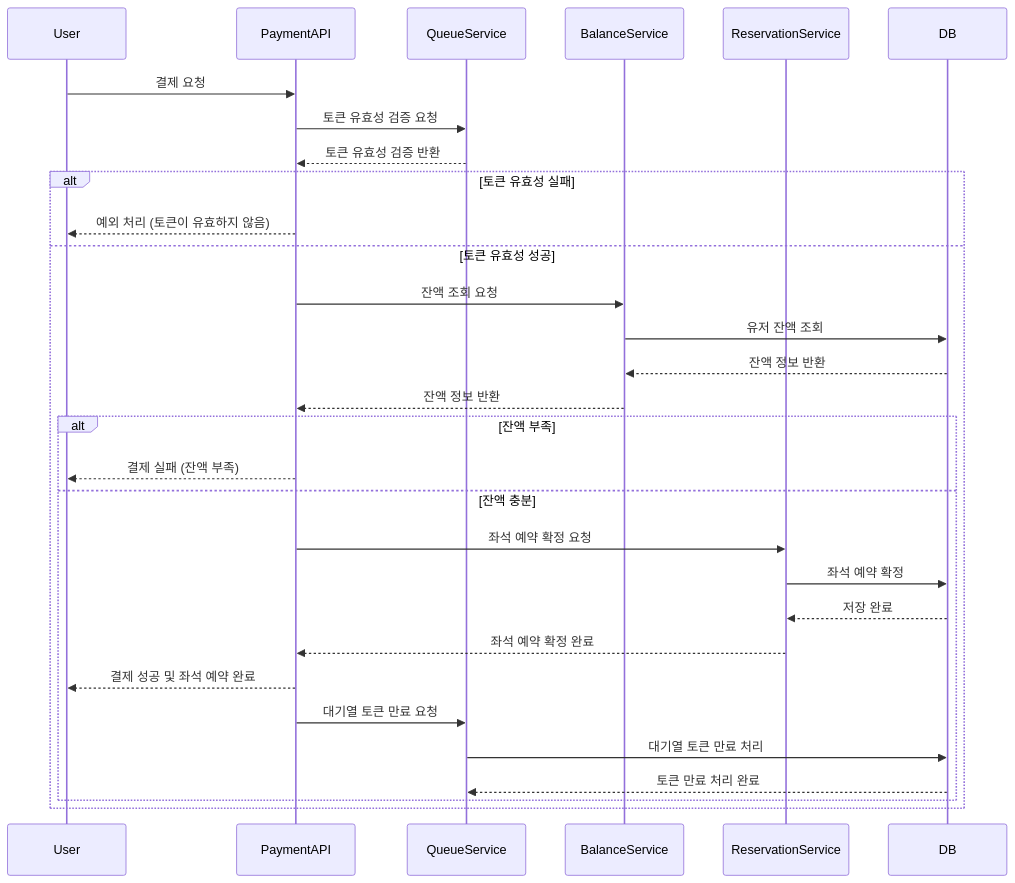
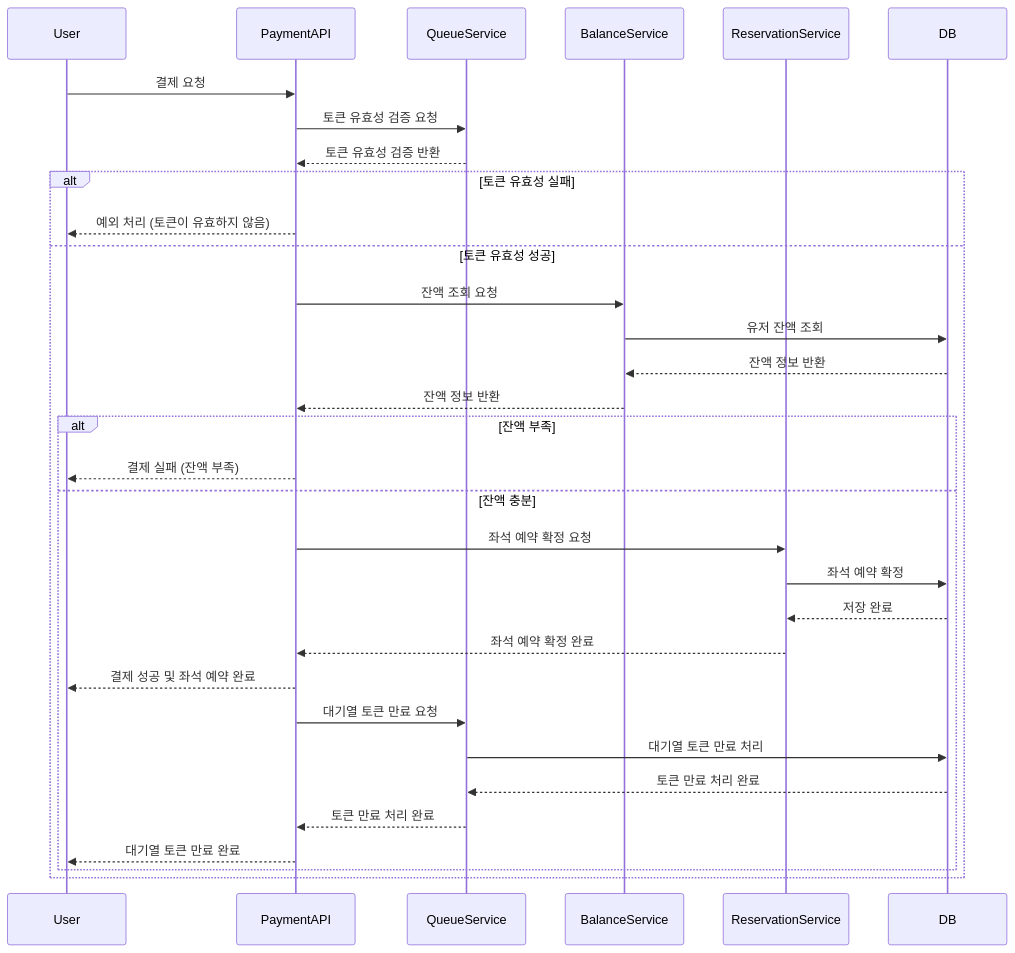
Before and after one commit to JEONGBEOMKO/hhplus-concert: the seventh of 7 diagrams in hhplus-concert/src/docs/sequence_diagram.md, drawn with Mermaid. The commit also changed other lines of this file, not shown here.

First line of the commit message:
Ref: 시퀀스 다이어그램 수정

````diff
--- a/hhplus-concert/src/docs/sequence_diagram.md
+++ b/hhplus-concert/src/docs/sequence_diagram.md
@@ -144,35 +152,37 @@
 ```mermaid
 sequenceDiagram
     participant User
     participant PaymentAPI
     participant QueueService
     participant BalanceService
     participant ReservationService
     participant DB
 
     User->>PaymentAPI: 결제 요청
     PaymentAPI->>QueueService: 토큰 유효성 검증 요청
     QueueService-->>PaymentAPI: 토큰 유효성 검증 반환
 
     alt 토큰 유효성 실패
         PaymentAPI-->>User: 예외 처리 (토큰이 유효하지 않음)
     else 토큰 유효성 성공
         PaymentAPI->>BalanceService: 잔액 조회 요청
         BalanceService->>DB: 유저 잔액 조회
         DB-->>BalanceService: 잔액 정보 반환
         BalanceService-->>PaymentAPI: 잔액 정보 반환
 
         alt 잔액 부족
             PaymentAPI-->>User: 결제 실패 (잔액 부족)
         else 잔액 충분
             PaymentAPI->>ReservationService: 좌석 예약 확정 요청
             ReservationService->>DB: 좌석 예약 확정
             DB-->>ReservationService: 저장 완료
             ReservationService-->>PaymentAPI: 좌석 예약 확정 완료
             PaymentAPI-->>User: 결제 성공 및 좌석 예약 완료
             PaymentAPI->>QueueService: 대기열 토큰 만료 요청
             QueueService->>DB: 대기열 토큰 만료 처리
             DB-->>QueueService: 토큰 만료 처리 완료
+            QueueService-->>PaymentAPI: 토큰 만료 처리 완료
+            PaymentAPI-->>User: 대기열 토큰 만료 완료
         end
     end
 ```
````
